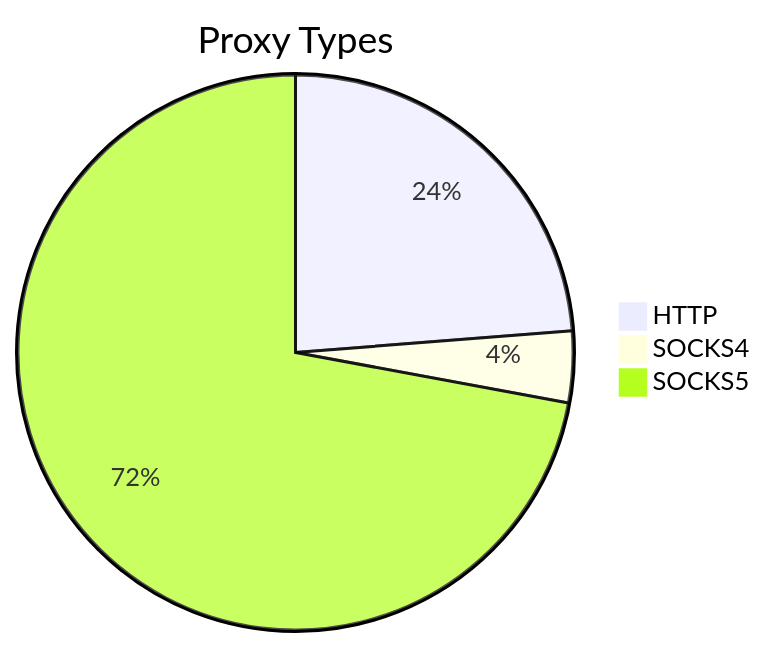
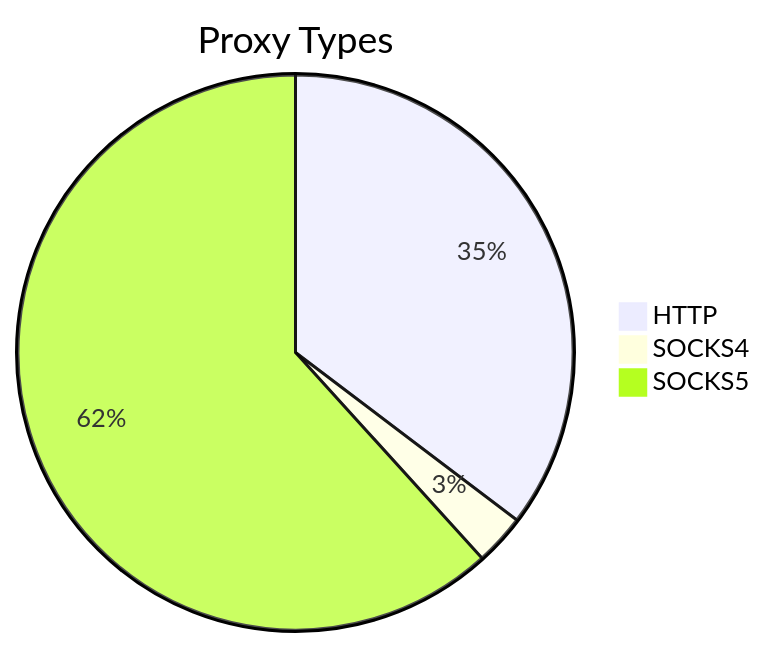
The first of 2 diagrams in README.md (stormsia/proxy-list), drawn with Mermaid before and after one commit. The commit also changed other lines of this file, not shown here.

````diff
--- a/README.md
+++ b/README.md
@@ -21,6 +21,6 @@
 ```mermaid
 pie title Proxy Types
-    "HTTP" : 143
-    "SOCKS4" : 25
-    "SOCKS5" : 434
+    "HTTP" : 119
+    "SOCKS4" : 10
+    "SOCKS5" : 208
 ```
````
